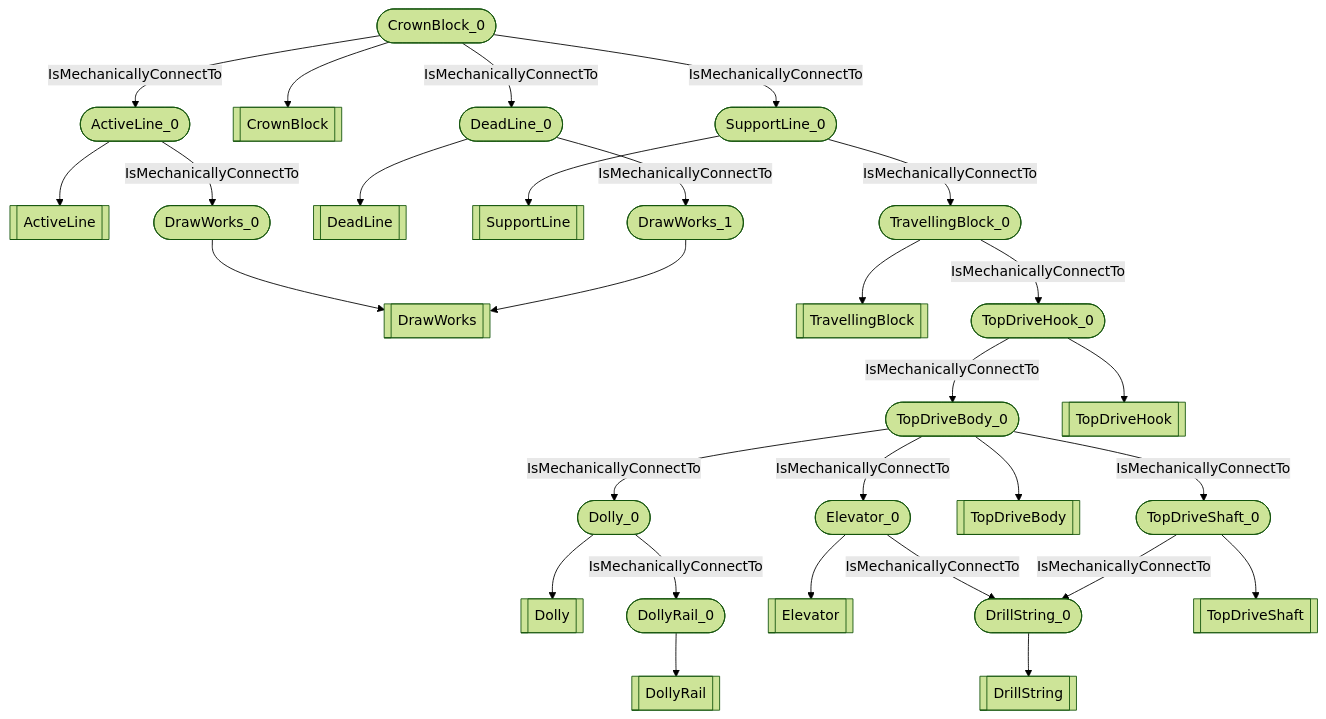
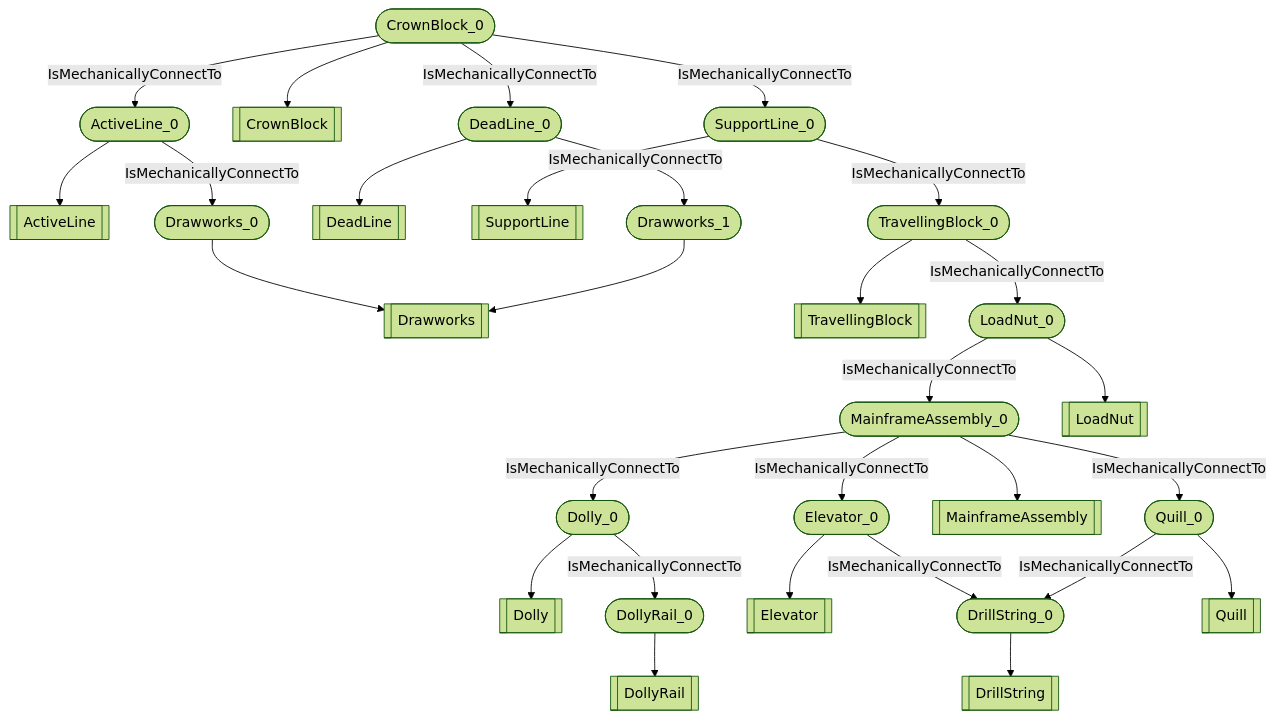
One commit to D-WIS/DDHub-Semantic-Interoperability changed the diagram in docs/vocabulary_development/examples/Surface mechanical circuit.md. Above: the diagram before and after it, drawn with Mermaid (forest theme). The commit also changed other lines of this file and 28 other files, not shown here.

````diff
--- a/docs/vocabulary_development/examples/Surface mechanical circuit.md
+++ b/docs/vocabulary_development/examples/Surface mechanical circuit.md
@@ -30,31 +30,31 @@
 ```mermaid
 flowchart TD
 	ActiveLine_0([ActiveLine_0]) --> ActiveLine[[ActiveLine]]
-	DrawWorks_0([DrawWorks_0]) --> DrawWorks[[DrawWorks]]
+	Drawworks_0([Drawworks_0]) --> Drawworks[[Drawworks]]
 	CrownBlock_0([CrownBlock_0]) --> CrownBlock[[CrownBlock]]
 	DeadLine_0([DeadLine_0]) --> DeadLine[[DeadLine]]
 	SupportLine_0([SupportLine_0]) --> SupportLine[[SupportLine]]
-	DrawWorks_1([DrawWorks_1]) --> DrawWorks[[DrawWorks]]
+	Drawworks_1([Drawworks_1]) --> Drawworks[[Drawworks]]
 	Dolly_0([Dolly_0]) --> Dolly[[Dolly]]
 	DollyRail_0([DollyRail_0]) --> DollyRail[[DollyRail]]
 	Elevator_0([Elevator_0]) --> Elevator[[Elevator]]
 	DrillString_0([DrillString_0]) --> DrillString[[DrillString]]
 	TravellingBlock_0([TravellingBlock_0]) --> TravellingBlock[[TravellingBlock]]
-	TopDriveBody_0([TopDriveBody_0]) --> TopDriveBody[[TopDriveBody]]
-	TopDriveShaft_0([TopDriveShaft_0]) --> TopDriveShaft[[TopDriveShaft]]
-	TopDriveHook_0([TopDriveHook_0]) --> TopDriveHook[[TopDriveHook]]
-	 ActiveLine_0 -- IsMechanicallyConnectTo --> DrawWorks_0 
+	MainframeAssembly_0([MainframeAssembly_0]) --> MainframeAssembly[[MainframeAssembly]]
+	Quill_0([Quill_0]) --> Quill[[Quill]]
+	LoadNut_0([LoadNut_0]) --> LoadNut[[LoadNut]]
+	 ActiveLine_0 -- IsMechanicallyConnectTo --> Drawworks_0 
 	 CrownBlock_0 -- IsMechanicallyConnectTo --> ActiveLine_0 
 	 CrownBlock_0 -- IsMechanicallyConnectTo --> DeadLine_0 
 	 CrownBlock_0 -- IsMechanicallyConnectTo --> SupportLine_0 
-	 DeadLine_0 -- IsMechanicallyConnectTo --> DrawWorks_1 
+	 DeadLine_0 -- IsMechanicallyConnectTo --> Drawworks_1 
 	 Dolly_0 -- IsMechanicallyConnectTo --> DollyRail_0 
 	 Elevator_0 -- IsMechanicallyConnectTo --> DrillString_0 
 	 SupportLine_0 -- IsMechanicallyConnectTo --> TravellingBlock_0 
-	 TopDriveBody_0 -- IsMechanicallyConnectTo --> Dolly_0 
-	 TopDriveBody_0 -- IsMechanicallyConnectTo --> Elevator_0 
-	 TopDriveBody_0 -- IsMechanicallyConnectTo --> TopDriveShaft_0 
-	 TopDriveHook_0 -- IsMechanicallyConnectTo --> TopDriveBody_0 
-	 TopDriveShaft_0 -- IsMechanicallyConnectTo --> DrillString_0 
-	 TravellingBlock_0 -- IsMechanicallyConnectTo --> TopDriveHook_0 
+	 MainframeAssembly_0 -- IsMechanicallyConnectTo --> Dolly_0 
+	 MainframeAssembly_0 -- IsMechanicallyConnectTo --> Elevator_0 
+	 MainframeAssembly_0 -- IsMechanicallyConnectTo --> Quill_0 
+	 LoadNut_0 -- IsMechanicallyConnectTo --> MainframeAssembly_0 
+	 Quill_0 -- IsMechanicallyConnectTo --> DrillString_0 
+	 TravellingBlock_0 -- IsMechanicallyConnectTo --> LoadNut_0 
 ```
````
